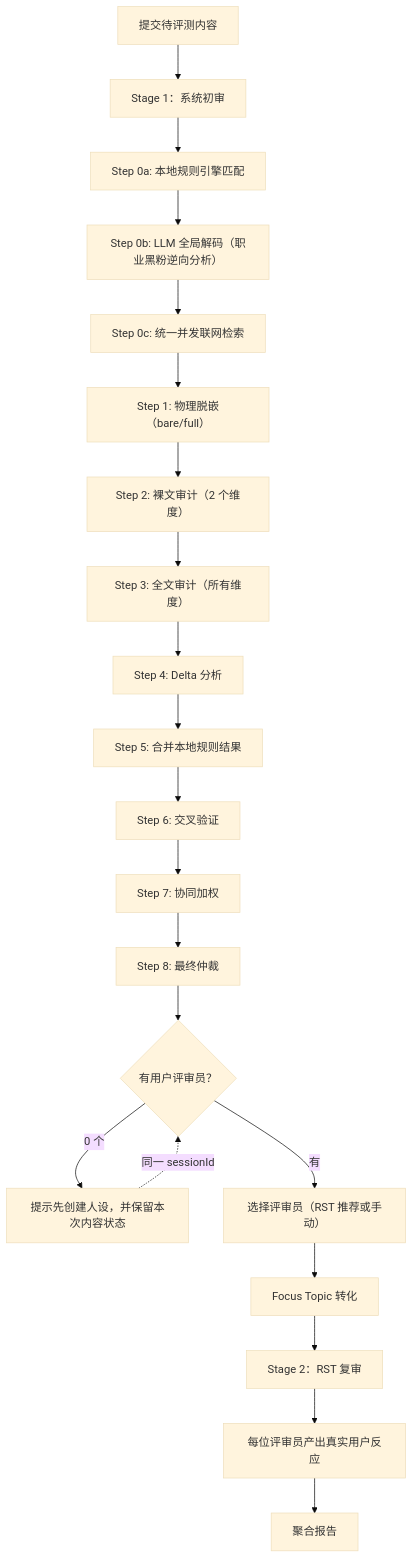
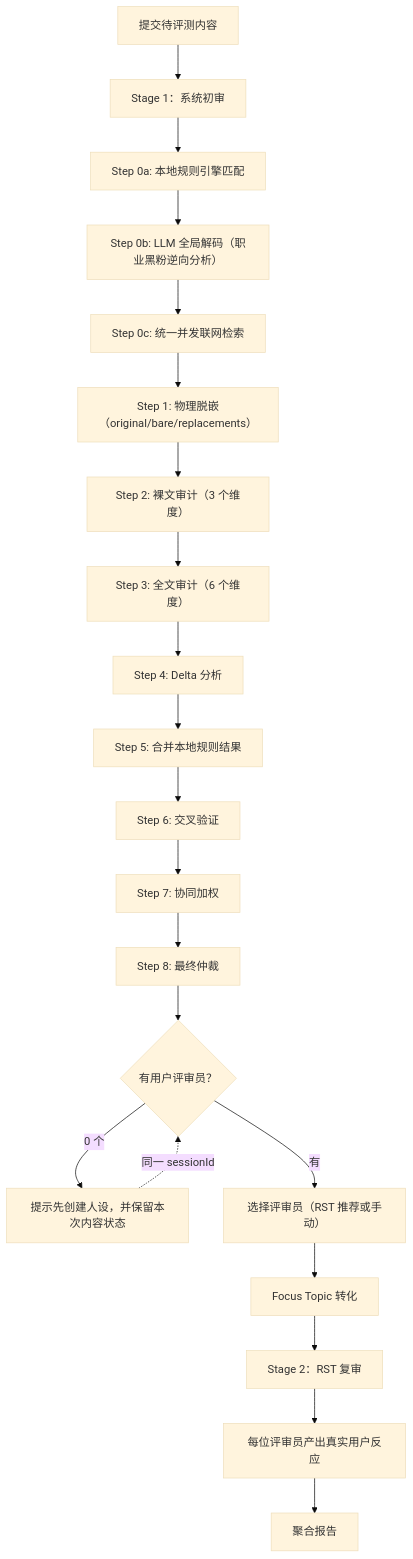
The first of 7 diagrams in docs/README.zh.md (ChurzeXo/kevlar-4u), drawn with Mermaid (base theme) before and after one commit. The commit also changed other lines of this file and 2 other files, not shown here.

````diff
--- a/docs/README.zh.md
+++ b/docs/README.zh.md
@@ -130,23 +131,23 @@
 ```mermaid
 flowchart TD
   A["提交待评测内容"] --> B["Stage 1：系统初审"]
   B --> C["Step 0a: 本地规则引擎匹配"]
   C --> D["Step 0b: LLM 全局解码（职业黑粉逆向分析）"]
   D --> E["Step 0c: 统一并发联网检索"]
-  E --> F["Step 1: 物理脱嵌（bare/full）"]
-  F --> G["Step 2: 裸文审计（2 个维度）"]
-  G --> H["Step 3: 全文审计（所有维度）"]
+  E --> F["Step 1: 物理脱嵌（original/bare/replacements）"]
+  F --> G["Step 2: 裸文审计（3 个维度）"]
+  G --> H["Step 3: 全文审计（6 个维度）"]
   H --> I["Step 4: Delta 分析"]
   I --> J["Step 5: 合并本地规则结果"]
   J --> K["Step 6: 交叉验证"]
   K --> L["Step 7: 协同加权"]
   L --> M["Step 8: 最终仲裁"]
   M --> N{"有用户评审员？"}
   N -->|0 个| O["提示先创建人设，并保留本次内容状态"]
   O -.->|"同一 sessionId"| N
   N -->|有| P["选择评审员（RST 推荐或手动）"]
   P --> Q["Focus Topic 转化"]
   Q --> R["Stage 2：RST 复审"]
   R --> S["每位评审员产出真实用户反应"]
   S --> T["聚合报告"]
 ```
````
